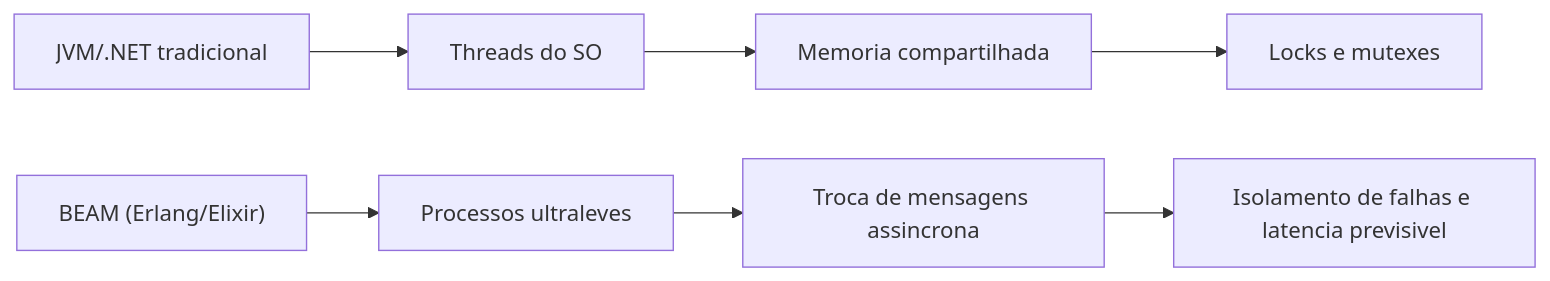
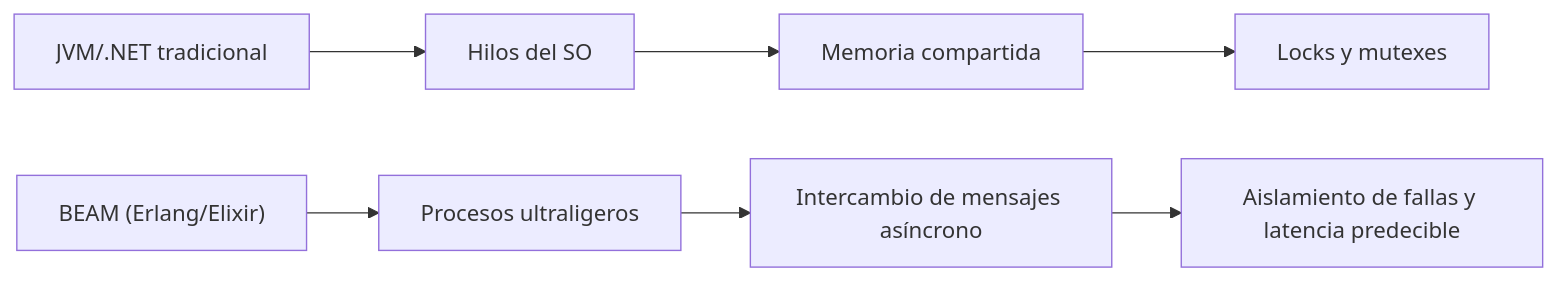
The first of 5 diagrams in es/artigos/markdown/otp-elixir-escolha-aplicacoes-criticas.md (web-engenharia/web-engenharia.github.io), drawn with Mermaid before and after one commit. The commit also changed other lines of this file and 165 other files, not shown here.

````diff
--- a/es/artigos/markdown/otp-elixir-escolha-aplicacoes-criticas.md
+++ b/es/artigos/markdown/otp-elixir-escolha-aplicacoes-criticas.md
@@ -13,9 +13,9 @@
 ```mermaid
 flowchart LR
-  tradicional["JVM/.NET tradicional"] --> threads["Threads do SO"]
-  threads --> memoriaCompartilhada["Memoria compartilhada"]
-  memoriaCompartilhada --> locks["Locks e mutexes"]
-  beam["BEAM (Erlang/Elixir)"] --> processos["Processos ultraleves"]
-  processos --> mensagens["Troca de mensagens assincrona"]
-  mensagens --> isolamento["Isolamento de falhas e latencia previsivel"]
+  tradicional["JVM/.NET tradicional"] --> threads["Hilos del SO"]
+  threads --> memoriaCompartilhada["Memoria compartida"]
+  memoriaCompartilhada --> locks["Locks y mutexes"]
+  beam["BEAM (Erlang/Elixir)"] --> processos["Procesos ultraligeros"]
+  processos --> mensagens["Intercambio de mensajes asíncrono"]
+  mensagens --> isolamento["Aislamiento de fallas y latencia predecible"]
 ```
````
